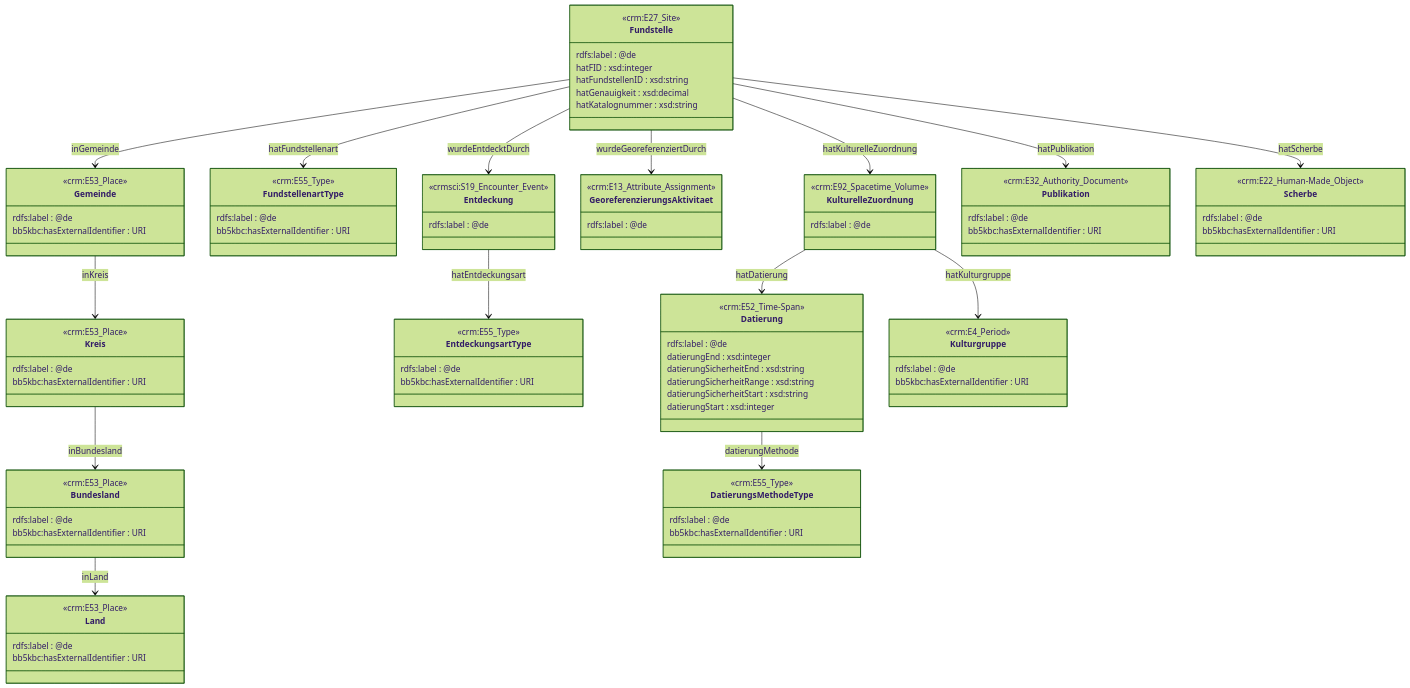
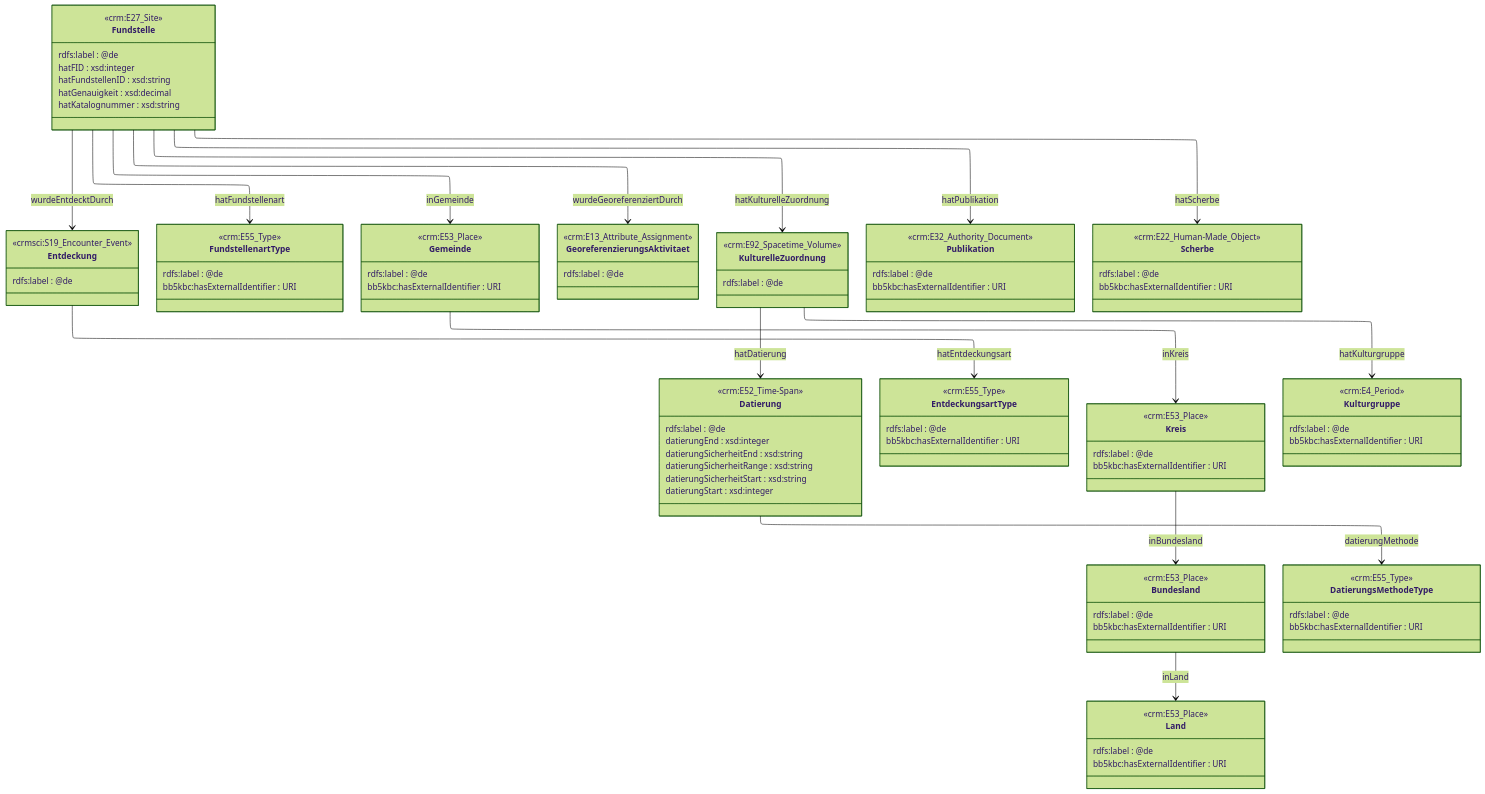
Before and after one commit to Research-Squirrel-Engineers/bb-5kbc-sites: the diagram in ontology/bb5kbc-classes.mmd, drawn with Mermaid (forest theme). The commit also changed 2 other files, not shown here.

```diff
--- a/ontology/bb5kbc-classes.mmd
+++ b/ontology/bb5kbc-classes.mmd
@@ -1,97 +1,101 @@
+---
+config:
+  layout: elk
+---
 classDiagram
 direction TB
 
 class Bundesland {
   <<crm:E53_Place>>
   rdfs:label : @de
   bb5kbc:hasExternalIdentifier : URI
 }
 class Datierung {
   <<crm:E52_Time-Span>>
   rdfs:label : @de
   datierungEnd : xsd:integer
   datierungSicherheitEnd : xsd:string
   datierungSicherheitRange : xsd:string
   datierungSicherheitStart : xsd:string
   datierungStart : xsd:integer
 }
 class DatierungsMethodeType {
   <<crm:E55_Type>>
   rdfs:label : @de
   bb5kbc:hasExternalIdentifier : URI
 }
 class Entdeckung {
   <<crmsci:S19_Encounter_Event>>
   rdfs:label : @de
 }
 class EntdeckungsartType {
   <<crm:E55_Type>>
   rdfs:label : @de
   bb5kbc:hasExternalIdentifier : URI
 }
 class Fundstelle {
   <<crm:E27_Site>>
   rdfs:label : @de
   hatFID : xsd:integer
   hatFundstellenID : xsd:string
   hatGenauigkeit : xsd:decimal
   hatKatalognummer : xsd:string
 }
 class FundstellenartType {
   <<crm:E55_Type>>
   rdfs:label : @de
   bb5kbc:hasExternalIdentifier : URI
 }
 class Gemeinde {
   <<crm:E53_Place>>
   rdfs:label : @de
   bb5kbc:hasExternalIdentifier : URI
 }
 class GeoreferenzierungsAktivitaet {
   <<crm:E13_Attribute_Assignment>>
   rdfs:label : @de
 }
 class Kreis {
   <<crm:E53_Place>>
   rdfs:label : @de
   bb5kbc:hasExternalIdentifier : URI
 }
 class KulturelleZuordnung {
   <<crm:E92_Spacetime_Volume>>
   rdfs:label : @de
 }
 class Kulturgruppe {
   <<crm:E4_Period>>
   rdfs:label : @de
   bb5kbc:hasExternalIdentifier : URI
 }
 class Land {
   <<crm:E53_Place>>
   rdfs:label : @de
   bb5kbc:hasExternalIdentifier : URI
 }
 class Publikation {
   <<crm:E32_Authority_Document>>
   rdfs:label : @de
   bb5kbc:hasExternalIdentifier : URI
 }
 class Scherbe {
   <<crm:E22_Human-Made_Object>>
   rdfs:label : @de
   bb5kbc:hasExternalIdentifier : URI
 }
 
 Bundesland --> Land : inLand
 Datierung --> DatierungsMethodeType : datierungMethode
 Entdeckung --> EntdeckungsartType : hatEntdeckungsart
 Fundstelle --> Entdeckung : wurdeEntdecktDurch
 Fundstelle --> FundstellenartType : hatFundstellenart
 Fundstelle --> Gemeinde : inGemeinde
 Fundstelle --> GeoreferenzierungsAktivitaet : wurdeGeoreferenziertDurch
 Fundstelle --> KulturelleZuordnung : hatKulturelleZuordnung
 Fundstelle --> Publikation : hatPublikation
 Fundstelle --> Scherbe : hatScherbe
 Gemeinde --> Kreis : inKreis
 Kreis --> Bundesland : inBundesland
 KulturelleZuordnung --> Datierung : hatDatierung
 KulturelleZuordnung --> Kulturgruppe : hatKulturgruppe
```
